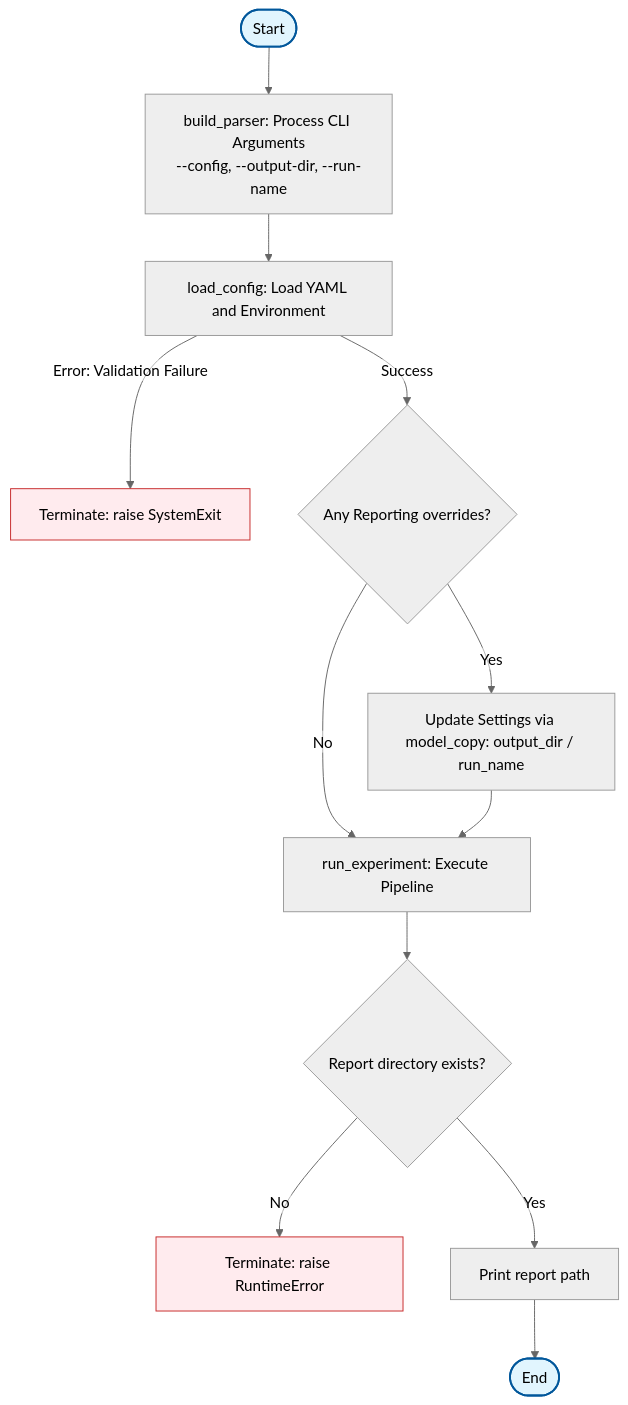
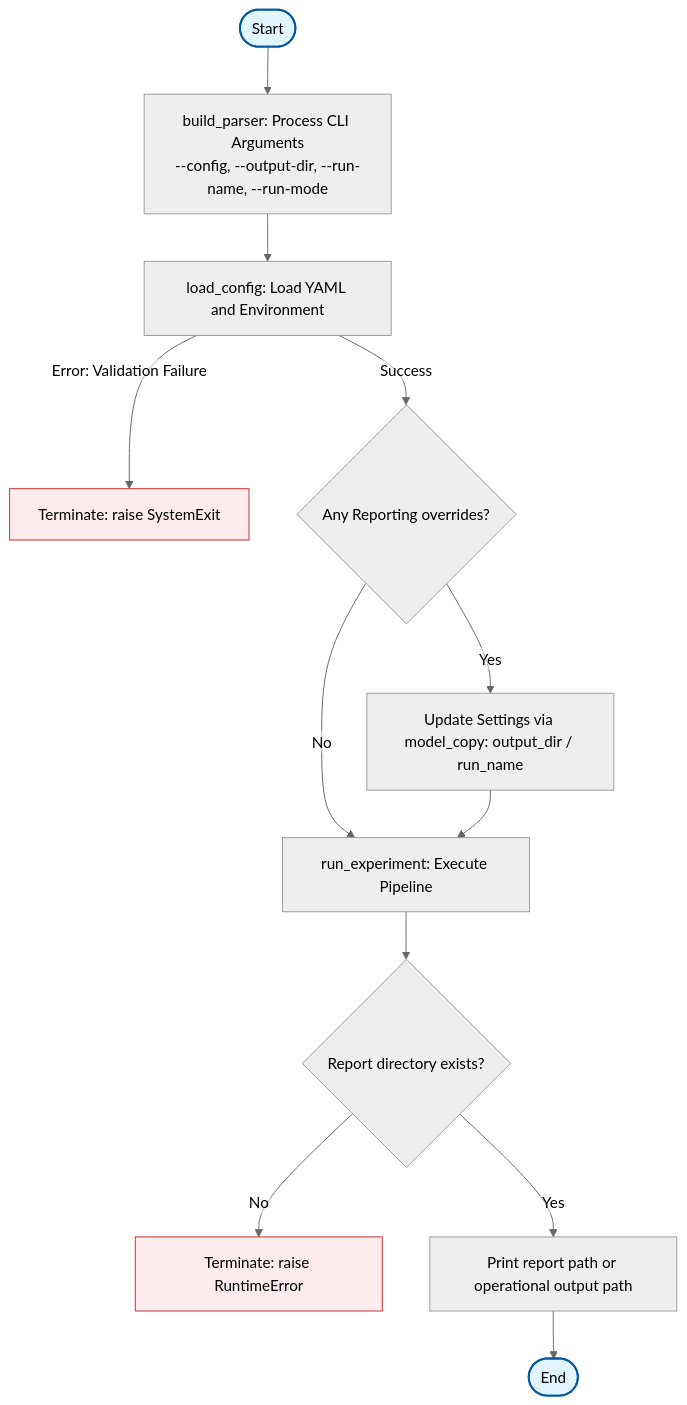
The diagram in src/retail_forecasting/RUN_FLOW.md (ArtemMindlin/retail-demand-forecasting-system), drawn with Mermaid before and after one commit. The commit also changed 14 other files, not shown here.

Commit message:
Add operational run modes and champion registry

````diff
--- a/src/retail_forecasting/RUN_FLOW.md
+++ b/src/retail_forecasting/RUN_FLOW.md
@@ -5,30 +5,30 @@
 ```mermaid
 %%{init: { 
   'theme': 'neutral', 
   'flowchart': { 'htmlLabels': false }
 } }%%
 graph TD
-    Start(["Start"]) --> ParseArgs["build_parser: Process CLI Arguments<br/>--config, --output-dir, --run-name"]
+    Start(["Start"]) --> ParseArgs["build_parser: Process CLI Arguments<br/>--config, --output-dir, --run-name, --run-mode"]
     ParseArgs --> LoadConfig["load_config: Load YAML and Environment"]
     
     LoadConfig -- "Error: Validation Failure" --> ExitError["Terminate: raise SystemExit"]
     
     LoadConfig -- "Success" --> CheckOverride{"Any Reporting overrides?"}
     
     CheckOverride -- "Yes" --> UpdateSettings["Update Settings via model_copy: output_dir / run_name"]
     CheckOverride -- "No" --> RunExperiment["run_experiment: Execute Pipeline"]
     
     UpdateSettings --> RunExperiment
     
     RunExperiment --> CheckArtifacts{"Report directory exists?"}
     
     CheckArtifacts -- "No" --> RunError["Terminate: raise RuntimeError"]
-    CheckArtifacts -- "Yes" --> PrintResult["Print report path"]
+    CheckArtifacts -- "Yes" --> PrintResult["Print report path or operational output path"]
     
     PrintResult --> End(["End"])
 
     style Start fill:#e1f5fe,stroke:#01579b,stroke-width:2px
     style End fill:#e1f5fe,stroke:#01579b,stroke-width:2px
     style ExitError fill:#ffebee,stroke:#c62828,stroke-width:1px
     style RunError fill:#ffebee,stroke:#c62828,stroke-width:1px
 ```
````
